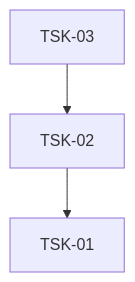
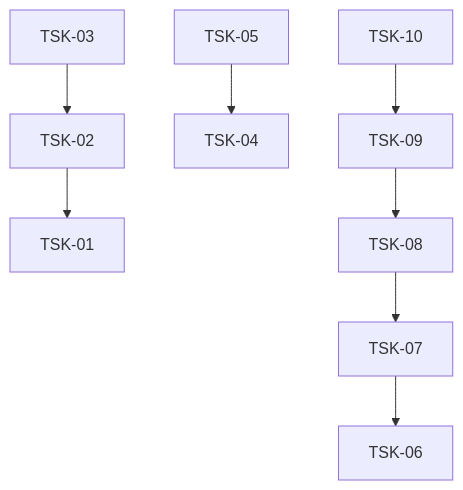
The diagram in tasks/README.md (RubaXa/gennady), drawn with Mermaid before and after one commit. The commit also changed other lines of this file and 94 other files, not shown here.

````diff
--- a/tasks/README.md
+++ b/tasks/README.md
@@ -60,5 +60,10 @@
 ```mermaid
 graph TD
     TSK-02 --> TSK-01
     TSK-03 --> TSK-02
+    TSK-05 --> TSK-04
+    TSK-07 --> TSK-06
+    TSK-08 --> TSK-07
+    TSK-09 --> TSK-08
+    TSK-10 --> TSK-09
 ```
````
